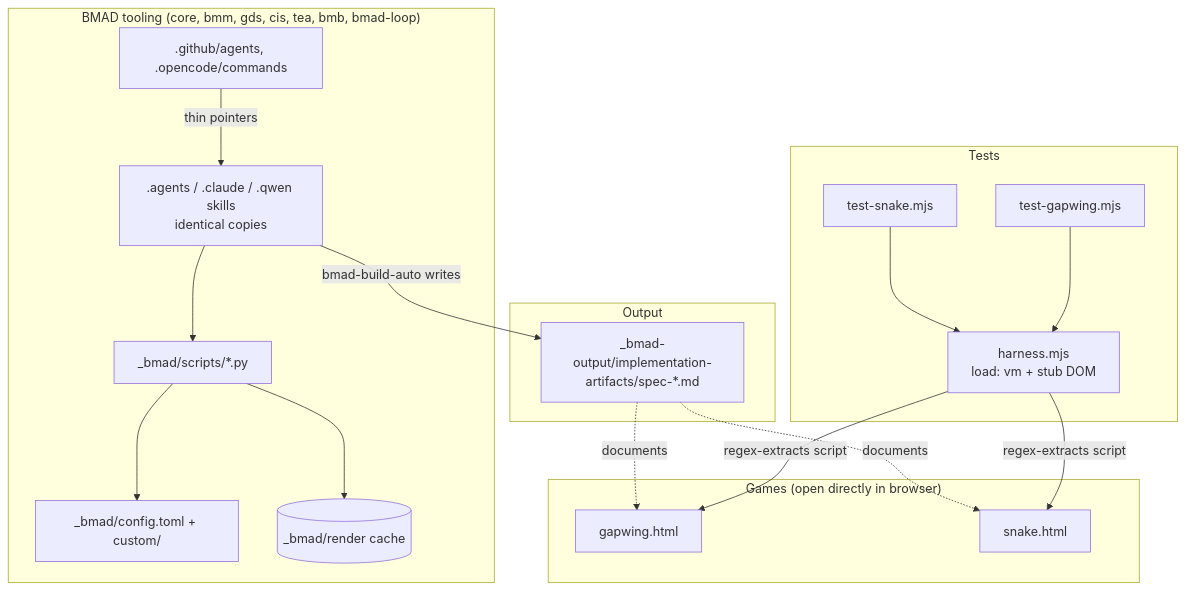
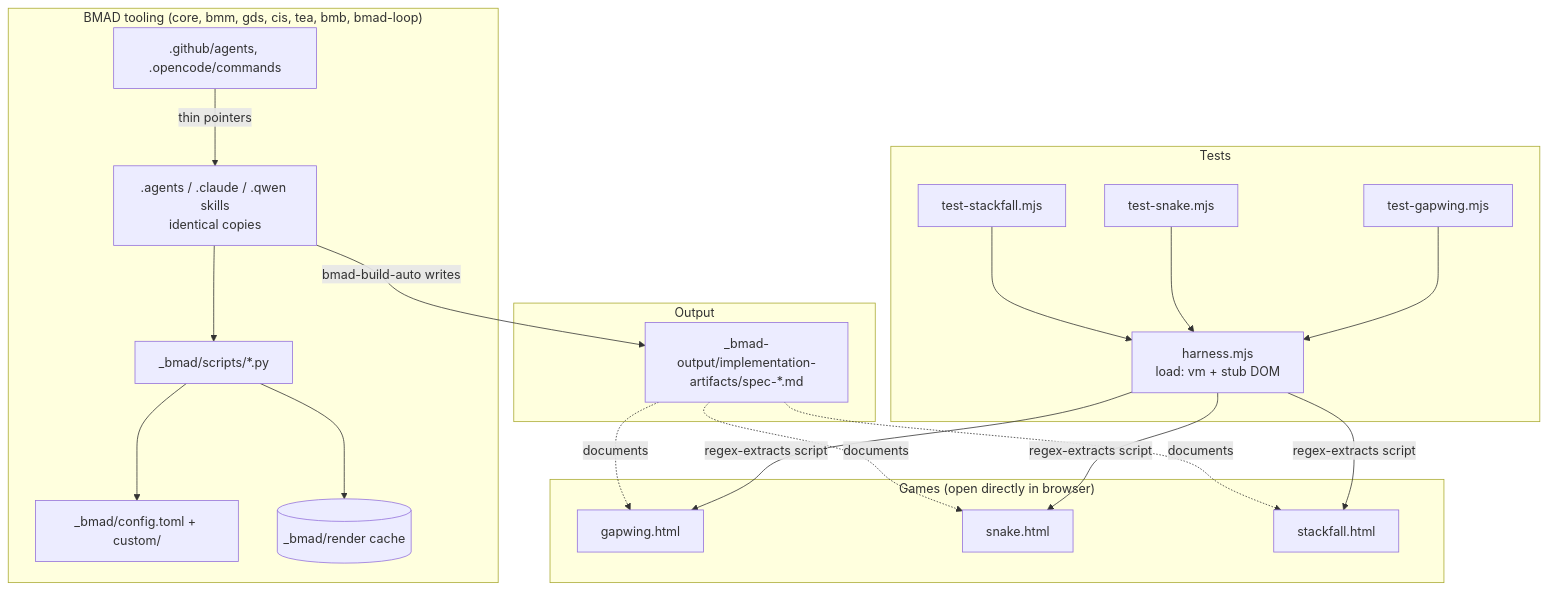
Before and after one commit to KPharcos/retro-games: the first of 3 diagrams in docs/CODEBASE_MAP.md, drawn with Mermaid. The commit also changed other lines of this file and 5 other files, not shown here.

````diff
--- a/docs/CODEBASE_MAP.md
+++ b/docs/CODEBASE_MAP.md
@@ -17,33 +17,38 @@
 ```mermaid
 graph TB
     subgraph Games["Games (open directly in browser)"]
         Gap[gapwing.html]
         Snk[snake.html]
+        Stk[stackfall.html]
     end
     subgraph Tests
         H[harness.mjs<br/>load: vm + stub DOM]
         TG[test-gapwing.mjs]
         TS[test-snake.mjs]
+        TF[test-stackfall.mjs]
     end
     subgraph BMAD["BMAD tooling (core, bmm, gds, cis, tea, bmb, bmad-loop)"]
         Cfg[_bmad/config.toml + custom/]
         Scripts[_bmad/scripts/*.py]
         Render[(_bmad/render cache)]
         Skills[.agents / .claude / .qwen skills<br/>identical copies]
         Adapters[.github/agents, .opencode/commands]
     end
     subgraph Output
         Specs[_bmad-output/implementation-artifacts/spec-*.md]
     end
     TG --> H
     TS --> H
+    TF --> H
     H -->|regex-extracts script| Gap
     H -->|regex-extracts script| Snk
+    H -->|regex-extracts script| Stk
     Skills --> Scripts
     Scripts --> Cfg
     Scripts --> Render
     Adapters -->|thin pointers| Skills
     Skills -->|bmad-build-auto writes| Specs
     Specs -.documents.-> Gap
     Specs -.documents.-> Snk
+    Specs -.documents.-> Stk
 ```
````
